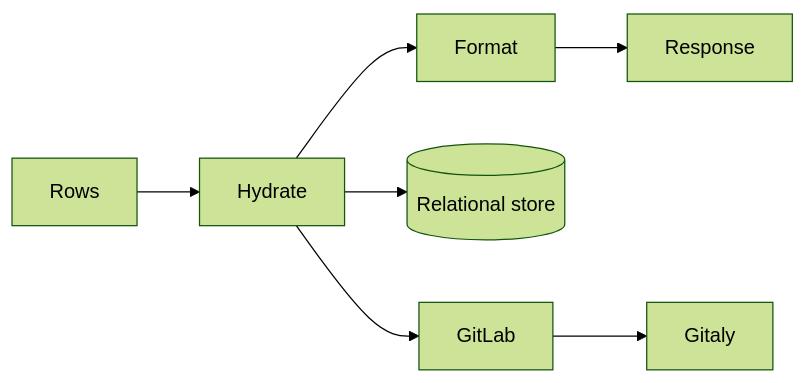
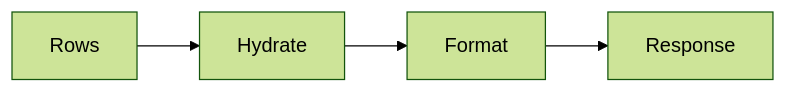
One commit to gitlabhq/orbit-knowledge-graph changed the fifth of 5 diagrams in docs/pages/engineering/architecture/querying/query-lifecycle.md. Above: the diagram before and after it, drawn with Mermaid (forest theme). The commit also changed other lines of this file and 8 other files, not shown here.

Commit message:
docs(testing): rewrite the end-to-end page and use banner diagrams

````diff
--- a/docs/pages/engineering/architecture/querying/query-lifecycle.md
+++ b/docs/pages/engineering/architecture/querying/query-lifecycle.md
@@ -90,6 +89,4 @@
 ```mermaid
 flowchart LR
     Rows --> Hydrate --> Format --> Response
-    Hydrate --> Store[(Relational store)]
-    Hydrate --> GitLab --> Gitaly
 ```
````
